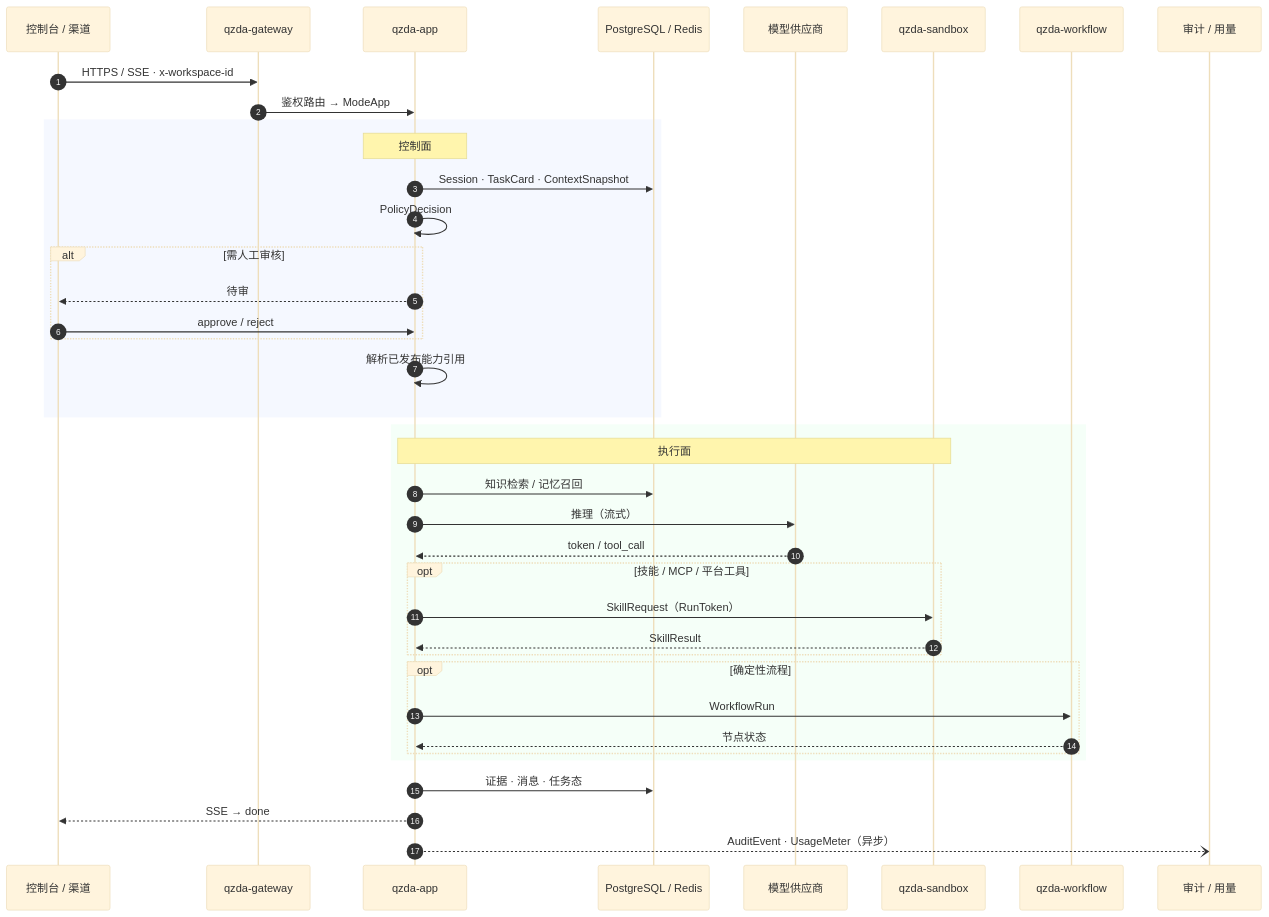
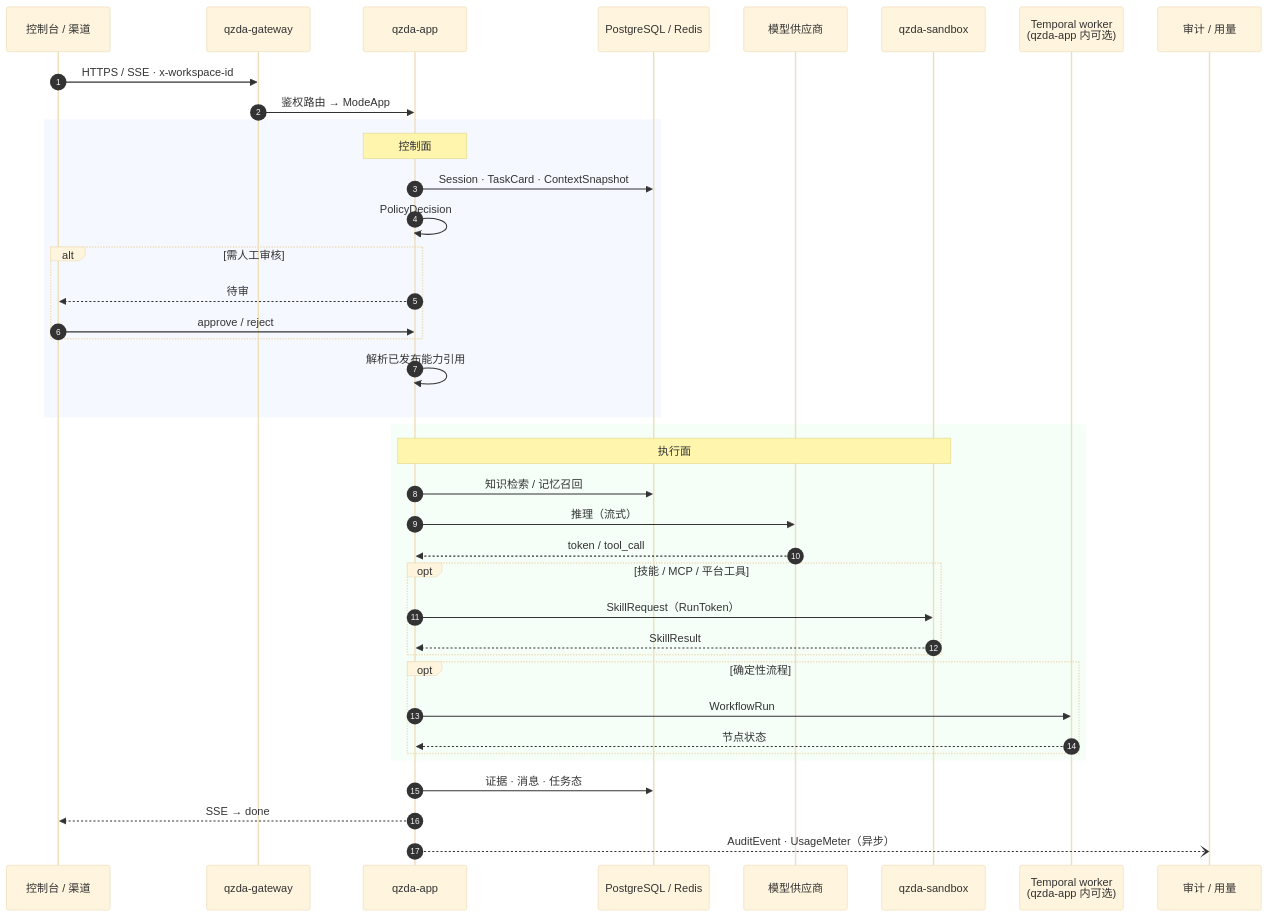
One commit to Lianjifu/QiZhiDaPartnerPlatform changed the third of 3 diagrams in backend/README.md. Above: the diagram before and after it, drawn with Mermaid (base theme). The commit also changed other lines of this file and 131 other files, not shown here.

First line of the commit message:
refactor(monolith): M10 — collapse qzda-{sys,collab,cap,workflow,audit,policy} into qzda-app

````diff
--- a/backend/README.md
+++ b/backend/README.md
@@ -174,45 +159,45 @@
 ```mermaid
 sequenceDiagram
   autonumber
   participant UI as 控制台 / 渠道
   participant GW as qzda-gateway
   participant APP as qzda-app
   participant PG as PostgreSQL / Redis
   participant LLM as 模型供应商
   participant SK as qzda-sandbox
-  participant WF as qzda-workflow
+  participant WF as Temporal worker<br/>(qzda-app 内可选)
   participant AUD as 审计 / 用量
 
   UI->>GW: HTTPS / SSE · x-workspace-id
   GW->>APP: 鉴权路由 → ModeApp
 
   rect rgb(245, 248, 255)
     Note over APP: 控制面
     APP->>PG: Session · TaskCard · ContextSnapshot
     APP->>APP: PolicyDecision
     alt 需人工审核
       APP-->>UI: 待审
       UI->>APP: approve / reject
     end
     APP->>APP: 解析已发布能力引用
   end
 
   rect rgb(245, 255, 248)
     Note over APP,SK: 执行面
     APP->>PG: 知识检索 / 记忆召回
     APP->>LLM: 推理（流式）
     LLM-->>APP: token / tool_call
     opt 技能 / MCP / 平台工具
       APP->>SK: SkillRequest（RunToken）
       SK-->>APP: SkillResult
     end
     opt 确定性流程
       APP->>WF: WorkflowRun
       WF-->>APP: 节点状态
     end
   end
 
   APP->>PG: 证据 · 消息 · 任务态
   APP-->>UI: SSE → done
   APP--)AUD: AuditEvent · UsageMeter（异步）
 ```
````
